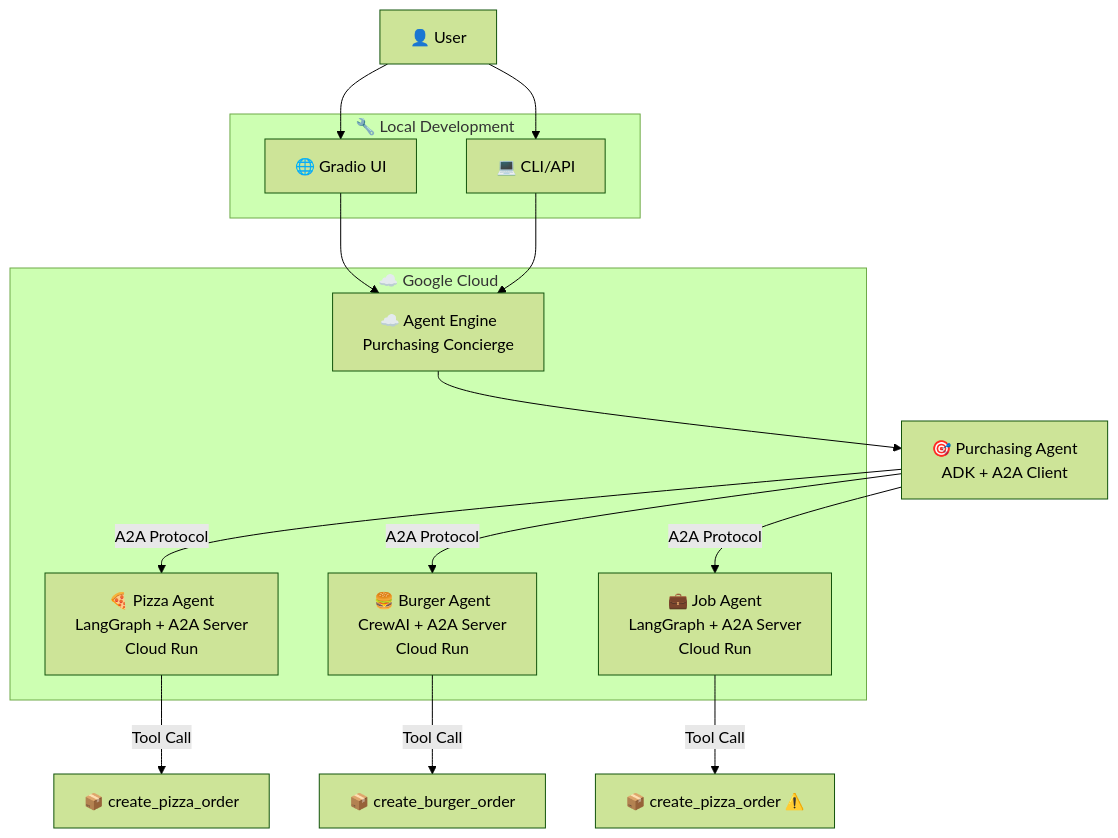
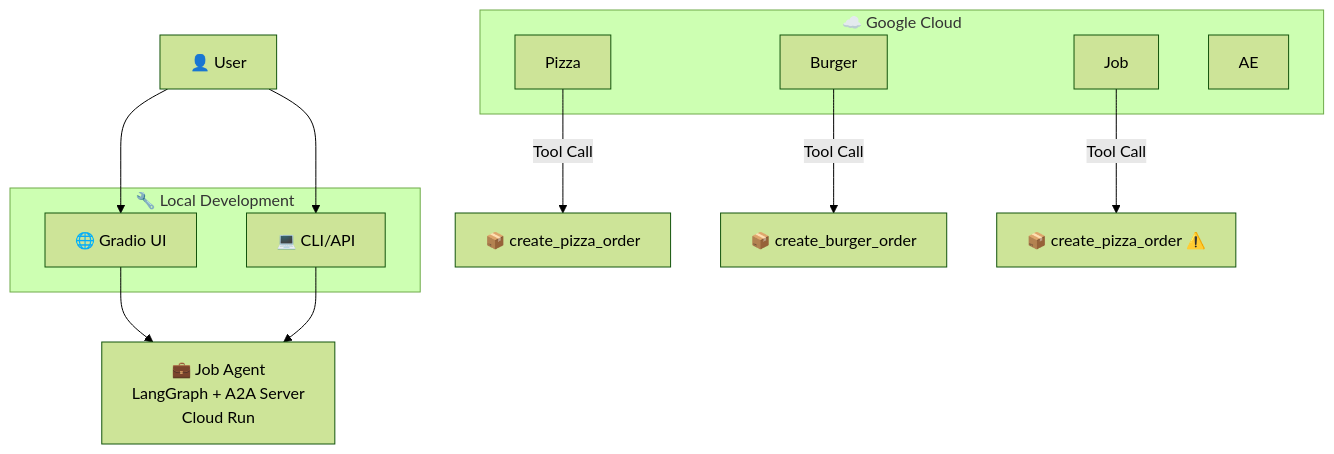
One commit to megabytekim/job_agent changed the diagram in study/project-architecture.md. Above: the diagram before and after it, drawn with Mermaid (forest theme). The commit also changed other lines of this file and 8 other files, not shown here.

First line of the commit message:
feat: Add MCP web search integration to job-agent

````diff
--- a/study/project-architecture.md
+++ b/study/project-architecture.md
@@ -52,30 +52,24 @@
 ```mermaid
 graph TB
     User[👤 User] --> UI[🌐 Gradio UI]
     User --> CLI[💻 CLI/API]
     
-    UI --> AE[☁️ Agent Engine<br/>Purchasing Concierge]
-    CLI --> AE
-    
-    AE --> PA[🎯 Purchasing Agent<br/>ADK + A2A Client]
-    
-    PA --> |A2A Protocol| Pizza[🍕 Pizza Agent<br/>LangGraph + A2A Server<br/>Cloud Run]
-    PA --> |A2A Protocol| Burger[🍔 Burger Agent<br/>CrewAI + A2A Server<br/>Cloud Run]
-    PA --> |A2A Protocol| Job[💼 Job Agent<br/>LangGraph + A2A Server<br/>Cloud Run]
+    UI --> JA[💼 Job Agent<br/>LangGraph + A2A Server<br/>Cloud Run]
+    CLI --> JA
     
     Pizza --> |Tool Call| PizzaOrder[📦 create_pizza_order]
     Burger --> |Tool Call| BurgerOrder[📦 create_burger_order]
     Job --> |Tool Call| JobOrder[📦 create_pizza_order ⚠️]
     
     subgraph "☁️ Google Cloud"
         AE
         Pizza
         Burger
         Job
     end
     
     subgraph "🔧 Local Development"
         UI
         CLI
     end
 ```
````
